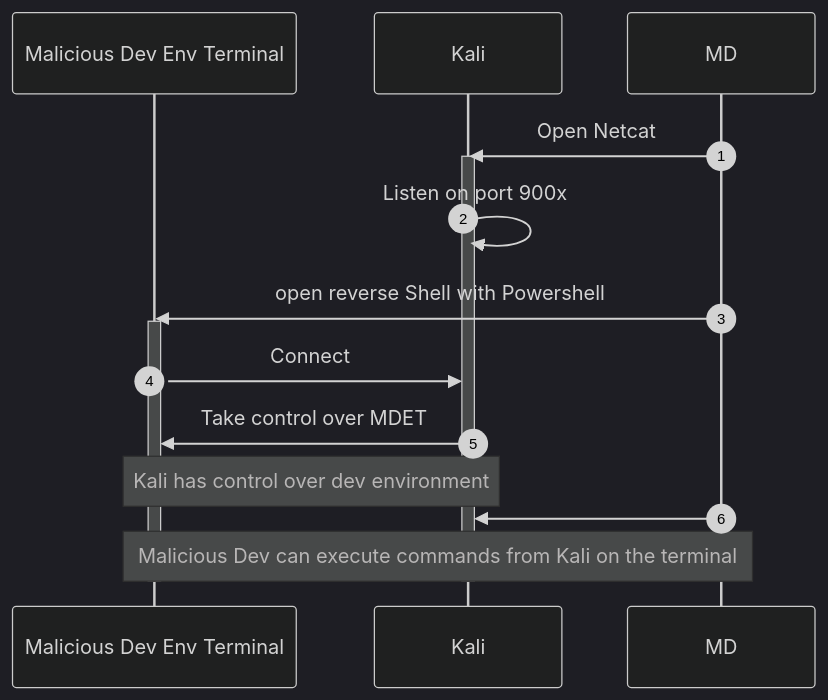
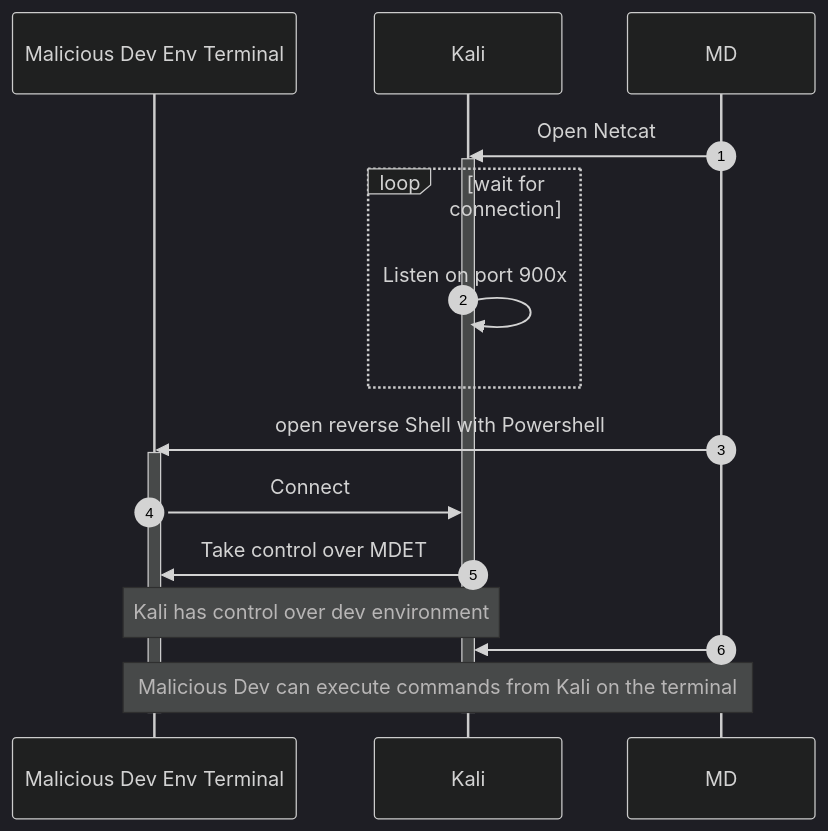
One commit to BasLijten/sugnl-hacking-sitecore changed the diagram in flowdiagram-1.md. Above: the diagram before and after it, drawn with Mermaid (dark theme). The commit also changed other lines of this file and 4 other files, not shown here.

````diff
--- a/flowdiagram-1.md
+++ b/flowdiagram-1.md
@@ -3,19 +5,21 @@
 ```mermaid
 sequenceDiagram        
     participant MDET as Malicious Dev Env Terminal
     participant K as Kali            
     autonumber
 
     MD ->> K: Open Netcat    
     activate  K
-        K ->> K: Listen on port 900x        
+        loop wait for connection
+            K ->> K: Listen on port 900x  
+        end      
         MD ->> MDET: open reverse Shell with Powershell
         activate MDET
             MDET ->> K: Connect
             K ->> MDET: Take control over MDET
             note over K, MDET: Kali has control over dev environment
             MD ->> K: 
             note over MD, MDET: Malicious Dev can execute commands from Kali on the terminal
         deactivate MDET
     deactivate K
 ```
````
